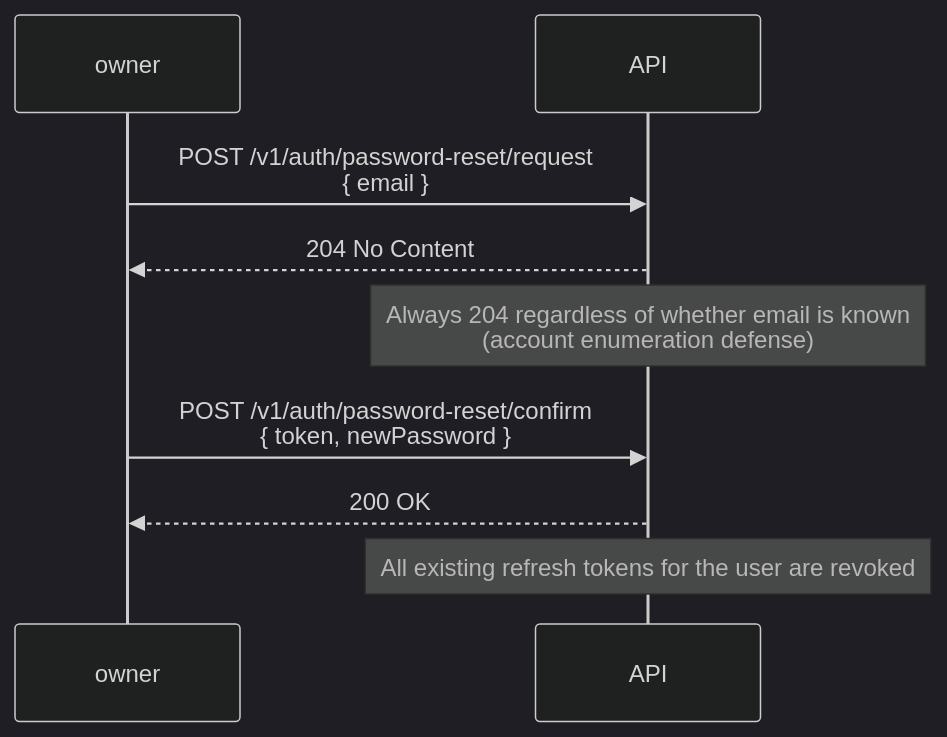
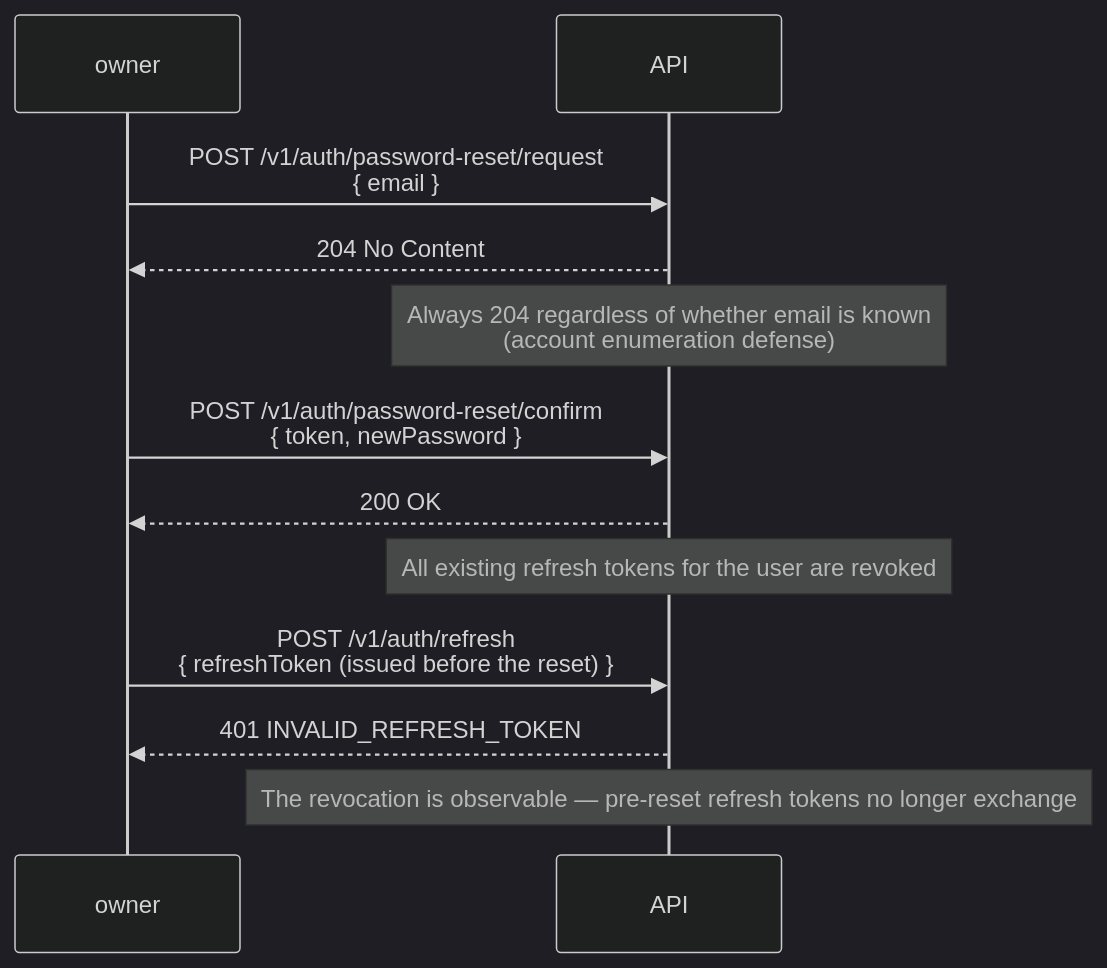
One commit to dataGriff/spec-dog-walking changed the fourth of 12 diagrams in docs/specifications/sequence-diagrams.md. Above: the diagram before and after it, drawn with Mermaid (dark theme). The commit also changed other lines of this file and 2 other files, not shown here.

First line of the commit message:
feat(flows): fix Flow 1 register body, cover new stories, align keys and ordering

````diff
--- a/docs/specifications/sequence-diagrams.md
+++ b/docs/specifications/sequence-diagrams.md
@@ -84,13 +106,17 @@
 ```mermaid
 sequenceDiagram
     participant owner
     participant API
 
     owner->>API: POST /v1/auth/password-reset/request<br/>{ email }
     API-->>owner: 204 No Content
     Note over API: Always 204 regardless of whether email is known<br/>(account enumeration defense)
 
     owner->>API: POST /v1/auth/password-reset/confirm<br/>{ token, newPassword }
     API-->>owner: 200 OK
     Note over API: All existing refresh tokens for the user are revoked
+
+    owner->>API: POST /v1/auth/refresh<br/>{ refreshToken (issued before the reset) }
+    API-->>owner: 401 INVALID_REFRESH_TOKEN
+    Note over API: The revocation is observable — pre-reset refresh tokens no longer exchange
 ```
````
